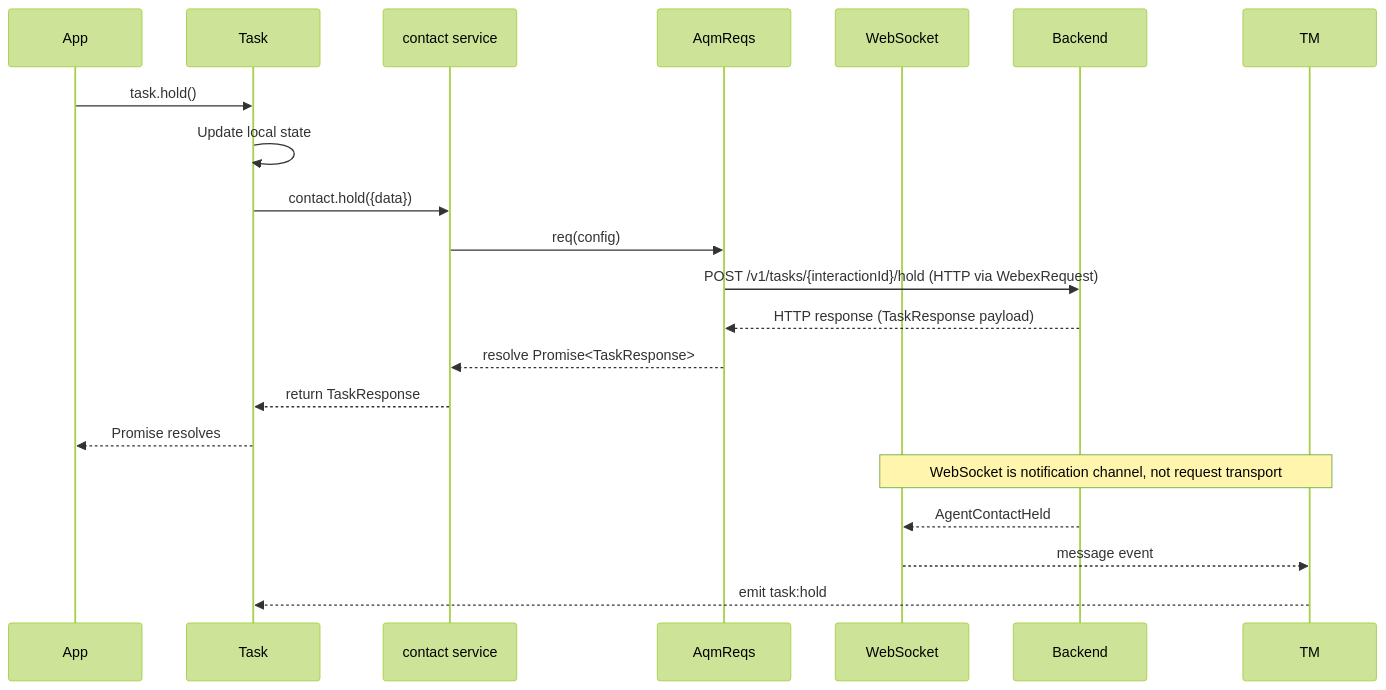
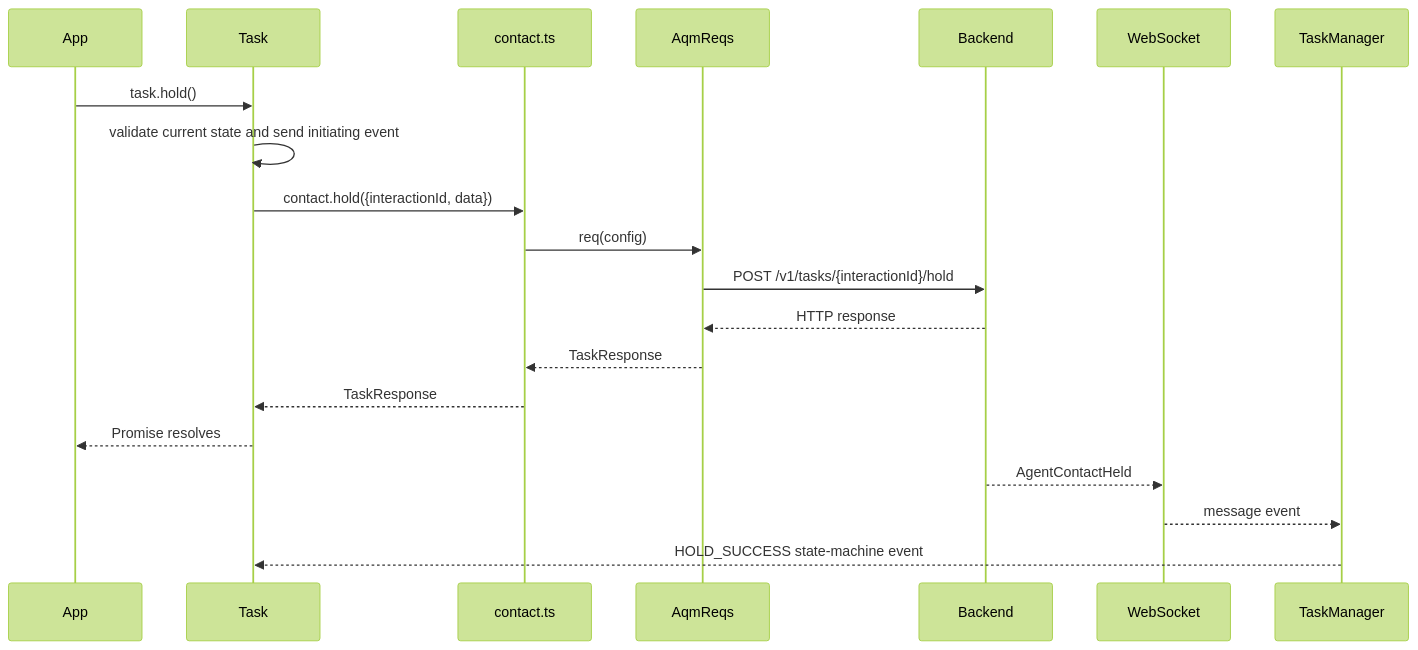
Before and after one commit to webex/webex-js-sdk: the fifth of 7 diagrams in packages/@webex/contact-center/src/services/task/ai-docs/ARCHITECTURE.md, drawn with Mermaid (forest theme). The commit also changed other lines of this file and 39 other files, not shown here.

````diff
--- a/packages/@webex/contact-center/src/services/task/ai-docs/ARCHITECTURE.md
+++ b/packages/@webex/contact-center/src/services/task/ai-docs/ARCHITECTURE.md
@@ -331,23 +314,23 @@
 ```mermaid
 sequenceDiagram
     participant App
     participant T as Task
-    participant C as contact service
+    participant C as contact.ts
     participant AQM as AqmReqs
+    participant BE as Backend
     participant WS as WebSocket
-    participant BE as Backend
+    participant TM as TaskManager
 
     App->>T: task.hold()
-    T->>T: Update local state
-    T->>C: contact.hold({data})
+    T->>T: validate current state and send initiating event
+    T->>C: contact.hold({interactionId, data})
     C->>AQM: req(config)
-    AQM->>BE: POST /v1/tasks/{interactionId}/hold (HTTP via WebexRequest)
-    BE-->>AQM: HTTP response (TaskResponse payload)
-    AQM-->>C: resolve Promise<TaskResponse>
-    C-->>T: return TaskResponse
+    AQM->>BE: POST /v1/tasks/{interactionId}/hold
+    BE-->>AQM: HTTP response
+    AQM-->>C: TaskResponse
+    C-->>T: TaskResponse
     T-->>App: Promise resolves
-    Note over WS,TM: WebSocket is notification channel, not request transport
     BE-->>WS: AgentContactHeld
     WS-->>TM: message event
-    TM-->>T: emit task:hold
+    TM-->>T: HOLD_SUCCESS state-machine event
 ```
````
